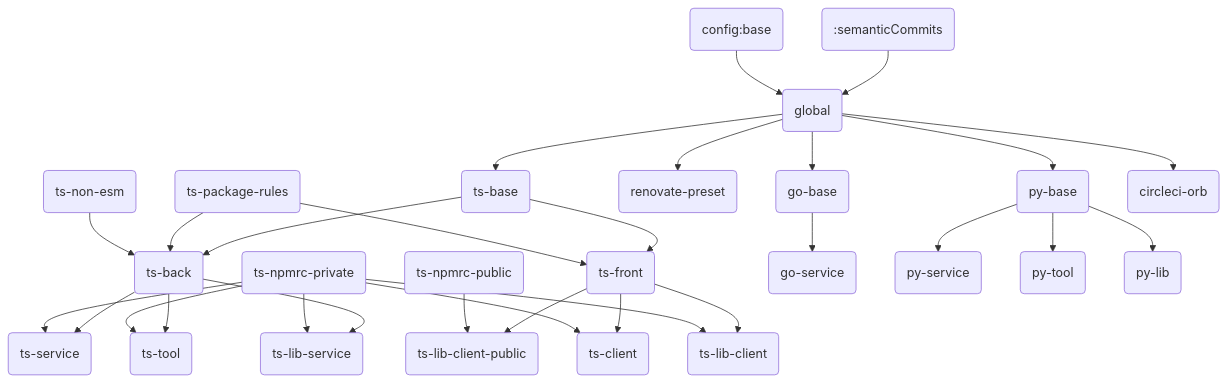
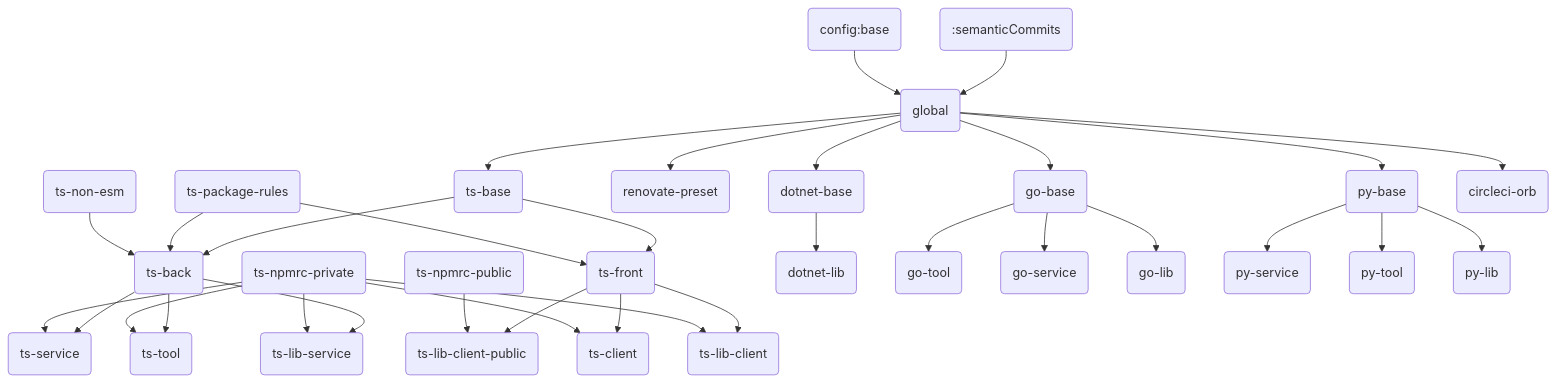
Before and after one commit to habx/devops-repo-shared-configs: the diagram in renovate/README.md, drawn with Mermaid. The commit also changed 2 other files, not shown here.

````diff
--- a/renovate/README.md
+++ b/renovate/README.md
@@ -2,31 +2,35 @@
 ```mermaid
 graph TD;
 ts-npmrc-public("ts-npmrc-public") --> ts-lib-client-public("ts-lib-client-public")
 ts-npmrc-private("ts-npmrc-private") --> ts-service("ts-service")
 ts-npmrc-private("ts-npmrc-private") --> ts-client("ts-client")
 ts-npmrc-private("ts-npmrc-private") --> ts-tool("ts-tool")
 ts-npmrc-private("ts-npmrc-private") --> ts-lib-client("ts-lib-client")
 ts-npmrc-private("ts-npmrc-private") --> ts-lib-service("ts-lib-service")
 ts-non-esm("ts-non-esm") --> ts-back("ts-back")
 ts-package-rules("ts-package-rules") --> ts-back("ts-back")
 ts-package-rules("ts-package-rules") --> ts-front("ts-front")
 config:base("config:base") --> global("global")
 :semanticCommits(":semanticCommits") --> global("global")
 global("global") --> ts-base("ts-base")
 global("global") --> renovate-preset("renovate-preset")
 global("global") --> go-base("go-base")
+global("global") --> dotnet-base("dotnet-base")
 global("global") --> py-base("py-base")
 global("global") --> circleci-orb("circleci-orb")
+dotnet-base("dotnet-base") --> dotnet-lib("dotnet-lib")
+go-base("go-base") --> go-tool("go-tool")
+go-base("go-base") --> go-service("go-service")
+go-base("go-base") --> go-lib("go-lib")
 ts-base("ts-base") --> ts-back("ts-back")
 ts-base("ts-base") --> ts-front("ts-front")
-go-base("go-base") --> go-service("go-service")
 py-base("py-base") --> py-service("py-service")
 py-base("py-base") --> py-tool("py-tool")
 py-base("py-base") --> py-lib("py-lib")
 ts-back("ts-back") --> ts-service("ts-service")
 ts-back("ts-back") --> ts-tool("ts-tool")
 ts-back("ts-back") --> ts-lib-service("ts-lib-service")
 ts-front("ts-front") --> ts-lib-client-public("ts-lib-client-public")
 ts-front("ts-front") --> ts-client("ts-client")
 ts-front("ts-front") --> ts-lib-client("ts-lib-client")
 ```
````
